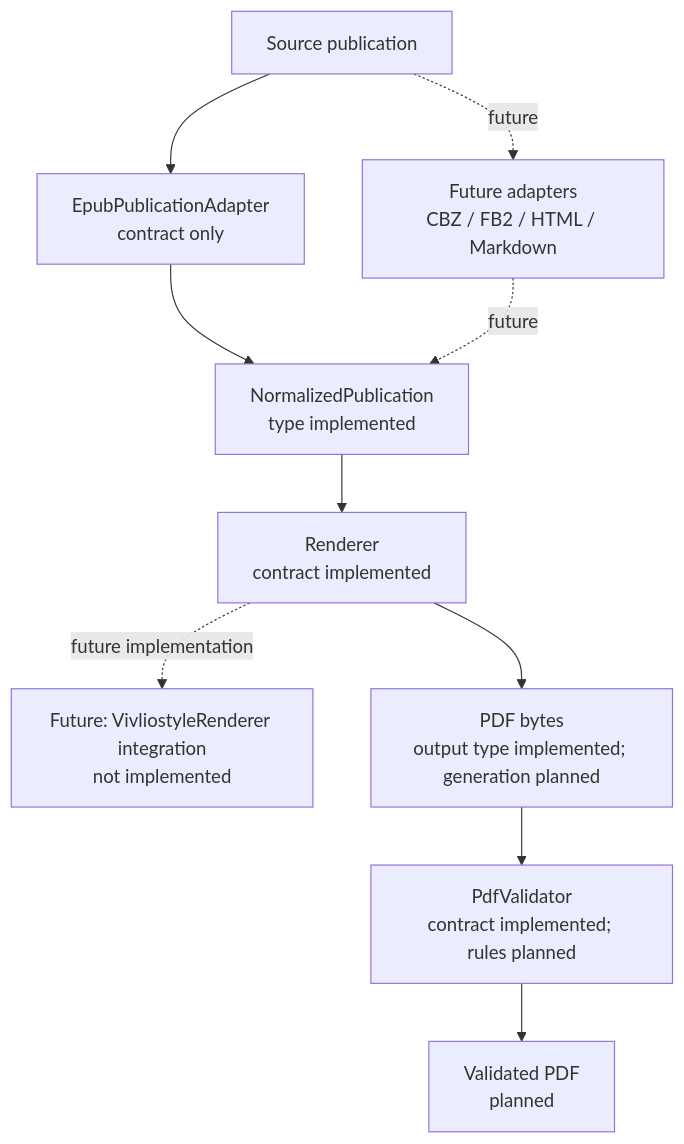
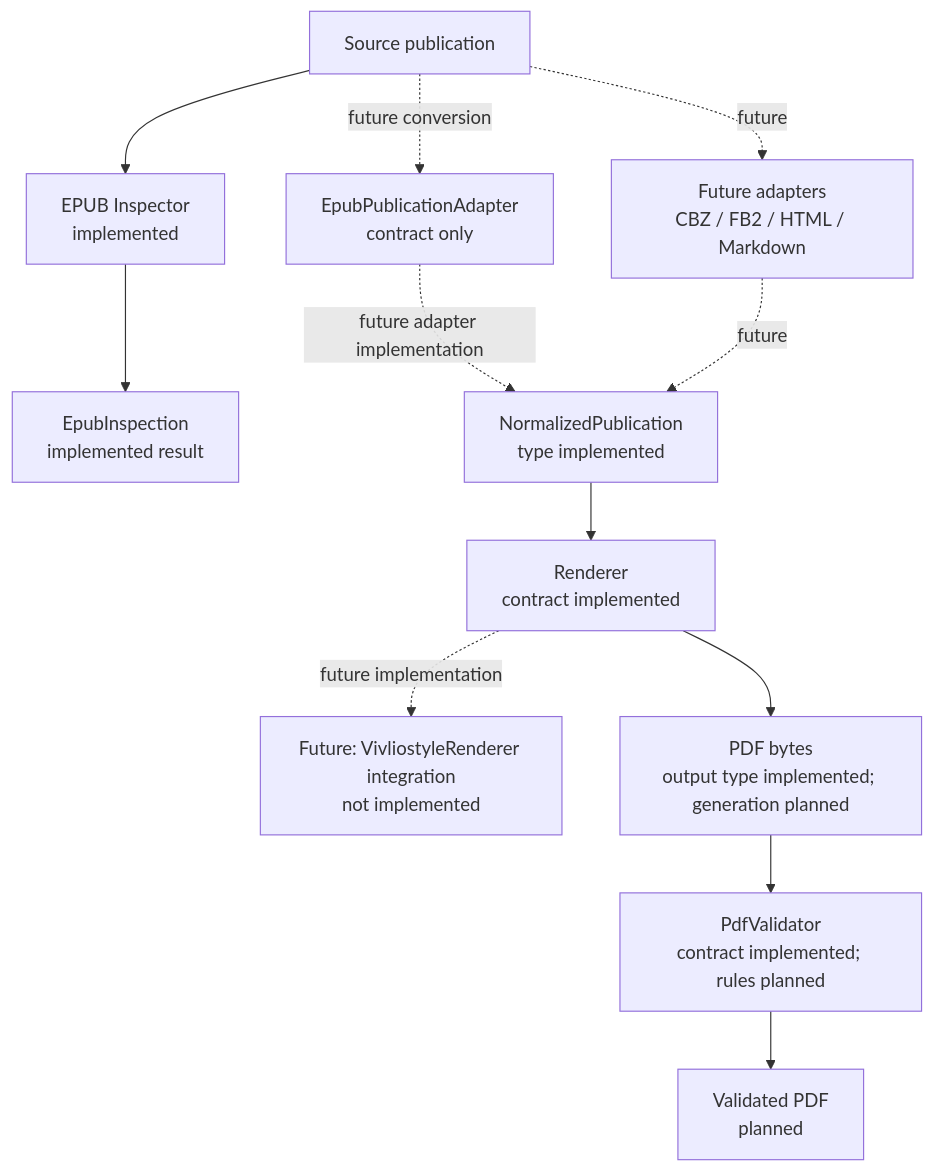
The first of 4 diagrams in docs/architecture.md (bosatsuKing/ReflowPress), drawn with Mermaid before and after one commit. The commit also changed other lines of this file and 4 other files, not shown here.

Commit message:
docs: document EPUB inspection and Phase 2 requirements

````diff
--- a/docs/architecture.md
+++ b/docs/architecture.md
@@ -9,22 +9,25 @@
 ```mermaid
 flowchart TD
     INPUT[Source publication]
+    INSPECTOR[EPUB Inspector<br/>implemented]
+    INSPECTION[EpubInspection<br/>implemented result]
     EPUB[EpubPublicationAdapter<br/>contract only]
     FUTURE[Future adapters<br/>CBZ / FB2 / HTML / Markdown]
     NORMALIZED[NormalizedPublication<br/>type implemented]
     RENDERER[Renderer<br/>contract implemented]
     VIV[Future: VivliostyleRenderer integration<br/>not implemented]
     PDF[PDF bytes<br/>output type implemented; generation planned]
     VALIDATOR[PdfValidator<br/>contract implemented; rules planned]
     RESULT[Validated PDF<br/>planned]
 
-    INPUT --> EPUB
+    INPUT --> INSPECTOR --> INSPECTION
+    INPUT -. future conversion .-> EPUB
     INPUT -. future .-> FUTURE
-    EPUB --> NORMALIZED
+    EPUB -. future adapter implementation .-> NORMALIZED
     FUTURE -. future .-> NORMALIZED
     NORMALIZED --> RENDERER
     RENDERER -. future implementation .-> VIV
     RENDERER --> PDF
     PDF --> VALIDATOR
     VALIDATOR --> RESULT
 ```
````
